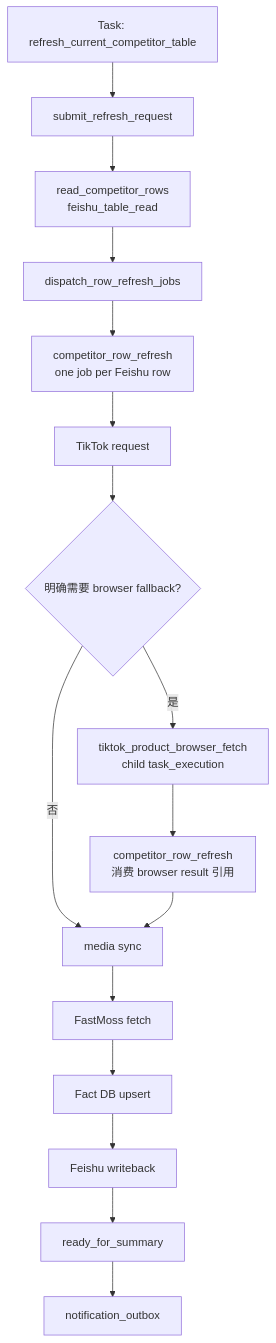
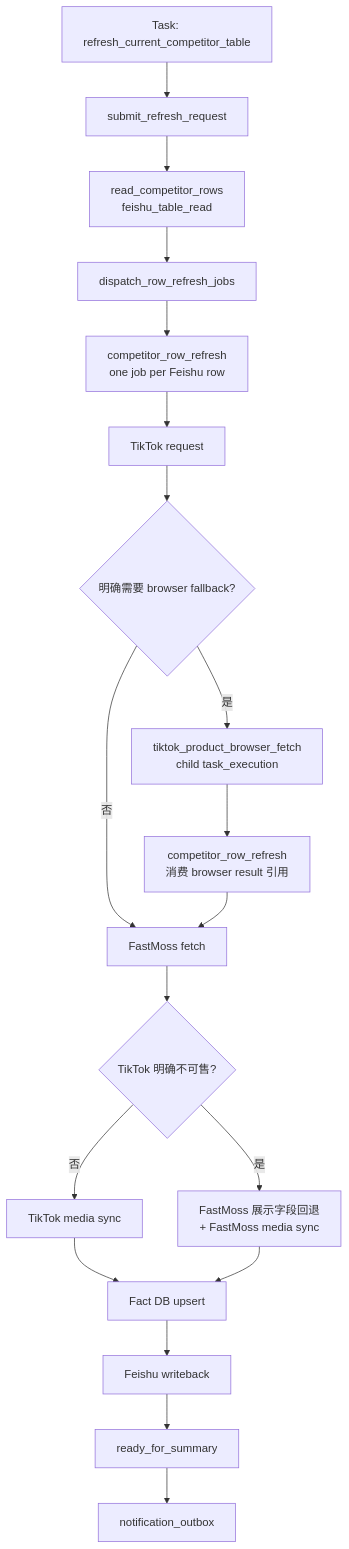
Before and after one commit to knighterrantsky/mujitask: the first of 5 diagrams in docs/arch/workflow-competitor-table-design.md, drawn with Mermaid. The commit also changed other lines of this file and 13 other files, not shown here.

````diff
--- a/docs/arch/workflow-competitor-table-design.md
+++ b/docs/arch/workflow-competitor-table-design.md
@@ -35,18 +35,21 @@
 ```mermaid
 flowchart TD
     A["Task: refresh_current_competitor_table"] --> B["submit_refresh_request"]
     B --> C["read_competitor_rows<br/>feishu_table_read"]
     C --> D["dispatch_row_refresh_jobs"]
     D --> E["competitor_row_refresh<br/>one job per Feishu row"]
     E --> F["TikTok request"]
     F --> G{"明确需要 browser fallback?"}
     G -->|是| H["tiktok_product_browser_fetch<br/>child task_execution"]
-    G -->|否| I["media sync"]
+    G -->|否| I["FastMoss fetch"]
     H --> H2["competitor_row_refresh<br/>消费 browser result 引用"]
     H2 --> I
-    I --> J["FastMoss fetch"]
-    J --> K["Fact DB upsert"]
-    K --> L["Feishu writeback"]
-    L --> M["ready_for_summary"]
-    M --> N["notification_outbox"]
+    I --> J{"TikTok 明确不可售?"}
+    J -->|否| K["TikTok media sync"]
+    J -->|是| K2["FastMoss 展示字段回退<br/>+ FastMoss media sync"]
+    K --> L["Fact DB upsert"]
+    K2 --> L
+    L --> M["Feishu writeback"]
+    M --> N["ready_for_summary"]
+    N --> O["notification_outbox"]
 ```
````
